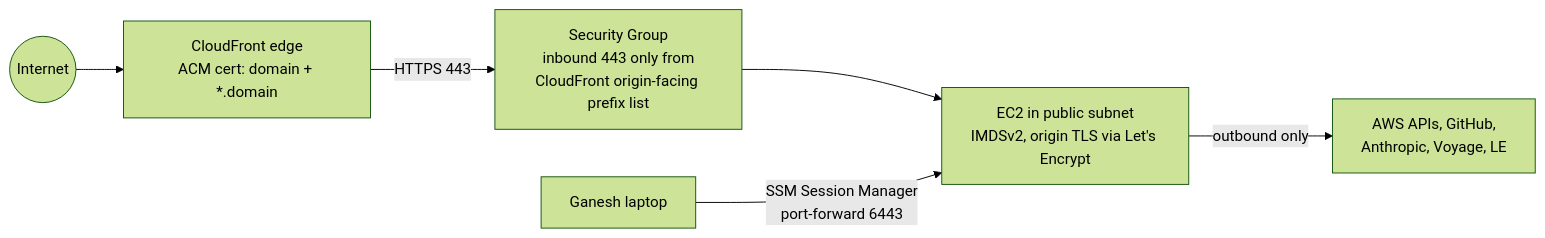
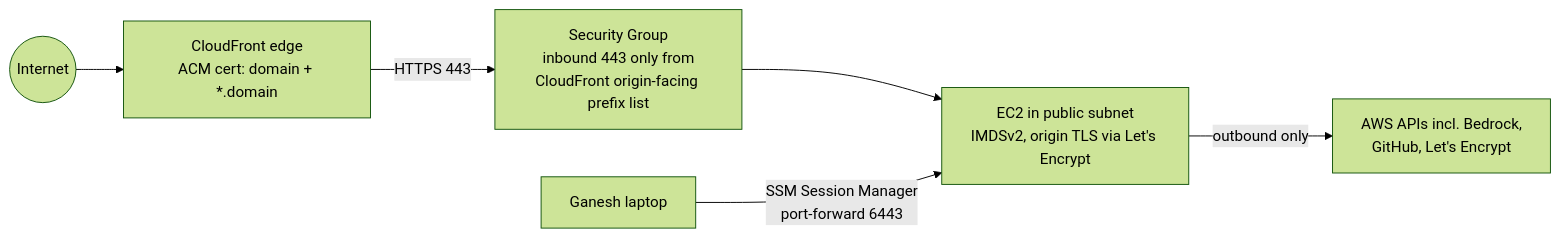
One commit to docify-work/docify changed the second of 3 diagrams in docs/Docify_Master_Doc.md. Above: the diagram before and after it, drawn with Mermaid (forest theme). The commit also changed other lines of this file and 4 other files, not shown here.

````diff
--- a/docs/Docify_Master_Doc.md
+++ b/docs/Docify_Master_Doc.md
@@ -241,8 +243,8 @@
 ```mermaid
 flowchart LR
     I(("Internet")) --> CFE["CloudFront edge<br/>ACM cert: domain + *.domain"]
     CFE -->|"HTTPS 443"| SG["Security Group<br/>inbound 443 only from<br/>CloudFront origin-facing prefix list"]
     SG --> NODE["EC2 in public subnet<br/>IMDSv2, origin TLS via Let's Encrypt"]
     ADMIN["Ganesh laptop"] -->|"SSM Session Manager<br/>port-forward 6443"| NODE
-    NODE -->|"outbound only"| OUT["AWS APIs, GitHub,<br/>Anthropic, Voyage, LE"]
+    NODE -->|"outbound only"| OUT["AWS APIs incl. Bedrock,<br/>GitHub, Let's Encrypt"]
 ```
````
